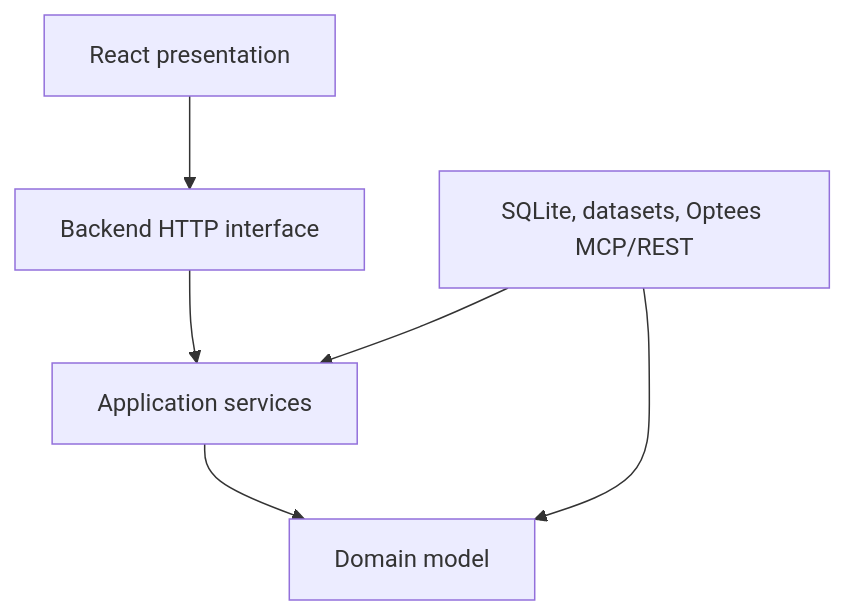
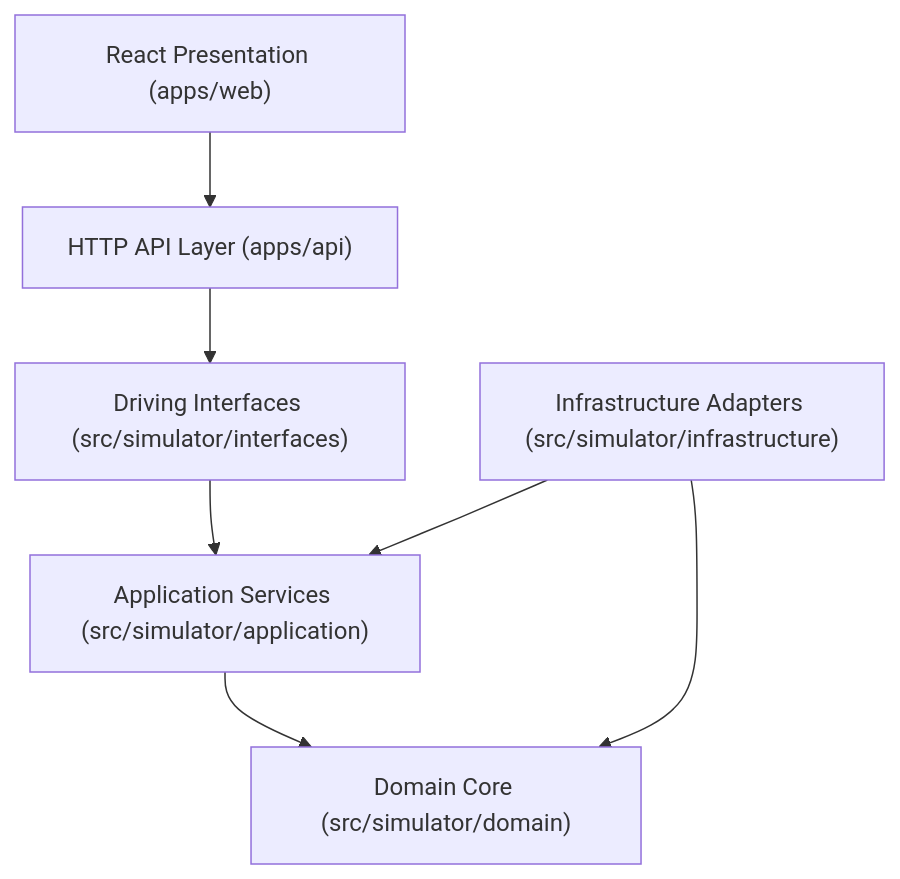
The diagram in docs/ARCHITECTURE.md (Pablo-gitub/optees-decision-simulator), drawn with Mermaid before and after one commit. The commit also changed other lines of this file and 37 other files, not shown here.

Commit message:
Freeze core contracts, time semantics, schemas, and threat model (Gate DS-C)

````diff
--- a/docs/ARCHITECTURE.md
+++ b/docs/ARCHITECTURE.md
@@ -26,8 +51,9 @@
 ```mermaid
 flowchart TB
-    Web["React presentation"] --> HTTP["Backend HTTP interface"]
-    HTTP --> Application["Application services"]
-    Application --> Domain["Domain model"]
-    Infrastructure["SQLite, datasets, Optees MCP/REST"] --> Application
+    Web["React Presentation (apps/web)"] --> HTTP["HTTP API Layer (apps/api)"]
+    HTTP --> Interfaces["Driving Interfaces (src/simulator/interfaces)"]
+    Interfaces --> Application["Application Services (src/simulator/application)"]
+    Application --> Domain["Domain Core (src/simulator/domain)"]
+    Infrastructure["Infrastructure Adapters (src/simulator/infrastructure)"] --> Application
     Infrastructure --> Domain
 ```
````
